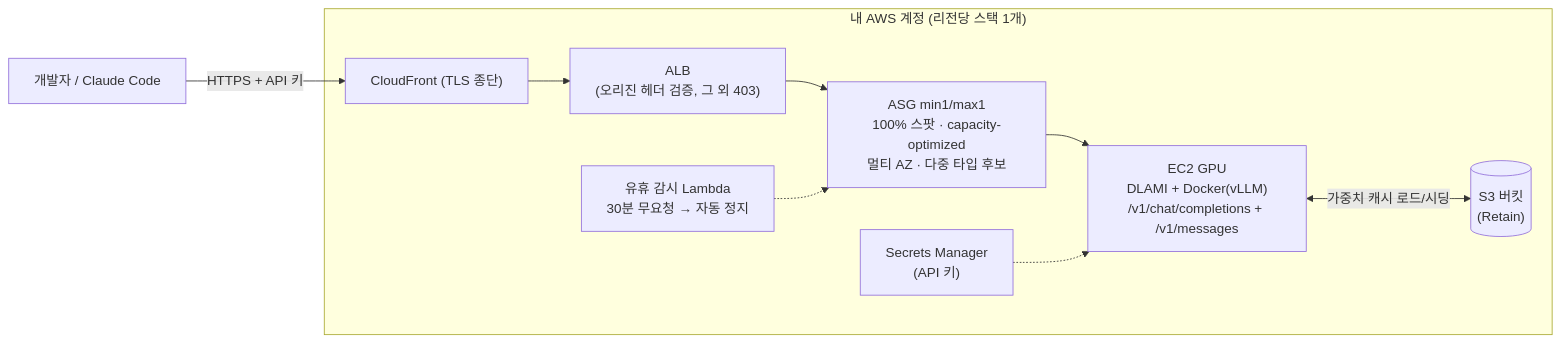
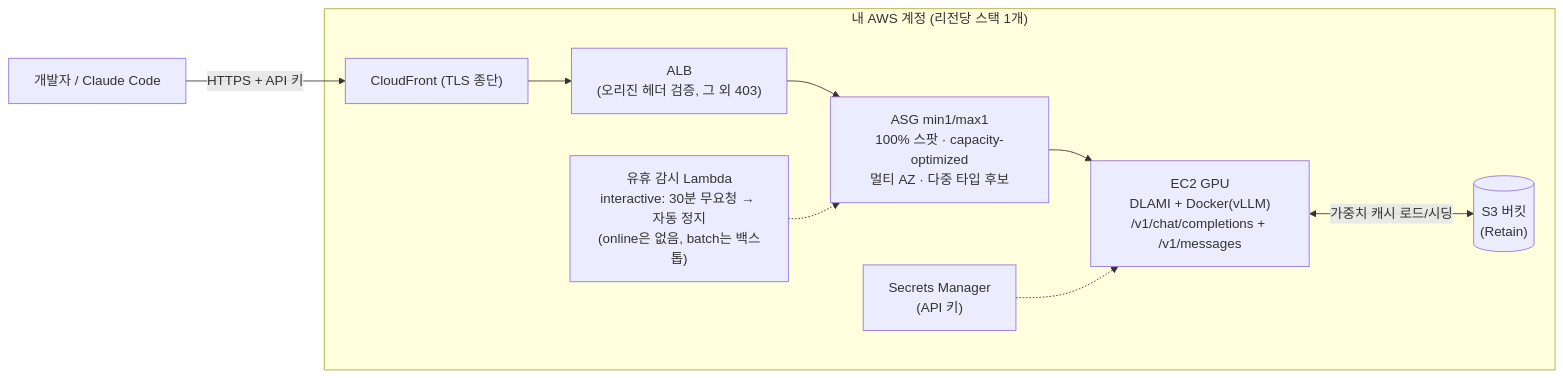
Before and after one commit to roboco-io/token-forge: the diagram in README.ko.md, drawn with Mermaid. The commit also changed other lines of this file and 5 other files, not shown here.

````diff
--- a/README.ko.md
+++ b/README.ko.md
@@ -69,12 +72,12 @@
 ```mermaid
 flowchart LR
     U["개발자 / Claude Code"] -- "HTTPS + API 키" --> CF
     subgraph AWS["내 AWS 계정 (리전당 스택 1개)"]
         CF["CloudFront (TLS 종단)"] --> ALB["ALB<br/>(오리진 헤더 검증, 그 외 403)"]
         ALB --> ASG["ASG min1/max1<br/>100% 스팟 · capacity-optimized<br/>멀티 AZ · 다중 타입 후보"]
         ASG --> EC2["EC2 GPU<br/>DLAMI + Docker(vLLM)<br/>/v1/chat/completions + /v1/messages"]
         EC2 <-- "가중치 캐시 로드/시딩" --> S3[("S3 버킷<br/>(Retain)")]
         SM["Secrets Manager<br/>(API 키)"] -.-> EC2
-        IDLE["유휴 감시 Lambda<br/>30분 무요청 → 자동 정지"] -.-> ASG
+        IDLE["유휴 감시 Lambda<br/>interactive: 30분 무요청 → 자동 정지<br/>(online은 없음, batch는 백스톱)"] -.-> ASG
     end
 ```
````
